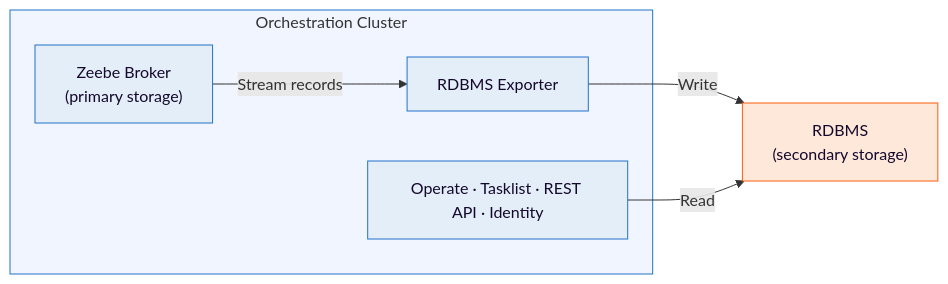
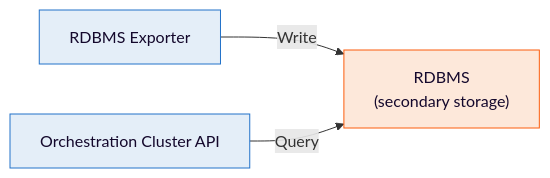
One commit to camunda/camunda-docs changed the diagram in docs/self-managed/concepts/databases/relational-db/index.md. Above: the diagram before and after it, drawn with Mermaid. The commit also changed other lines of this file and 4 other files, not shown here.

Commit message:
update diagrams/descriptions

````diff
--- a/docs/self-managed/concepts/databases/relational-db/index.md
+++ b/docs/self-managed/concepts/databases/relational-db/index.md
@@ -21,17 +21,11 @@
 ```mermaid
 graph LR
-    subgraph oc["Orchestration Cluster"]
-        broker["Zeebe Broker\n(primary storage)"]
-        exporter["RDBMS Exporter"]
-        apps["Operate · Tasklist · REST API · Identity"]
-    end
+    exporter["RDBMS Exporter"]
+    api["Orchestration Cluster API"]
     rdbms["RDBMS\n(secondary storage)"]
-    broker -->|"Stream records"| exporter
     exporter -->|"Write"| rdbms
-    apps -->|"Read"| rdbms
-    style broker fill:#e4eef8,stroke:#2272c9,color:#14082c
+    api -->|"Query"| rdbms
     style exporter fill:#e4eef8,stroke:#2272c9,color:#14082c
-    style apps fill:#e4eef8,stroke:#2272c9,color:#14082c
-    style oc fill:#f0f5ff,stroke:#2272c9
+    style api fill:#e4eef8,stroke:#2272c9,color:#14082c
     style rdbms fill:#fde8da,stroke:#fc5d0d,color:#14082c
 ```
````
